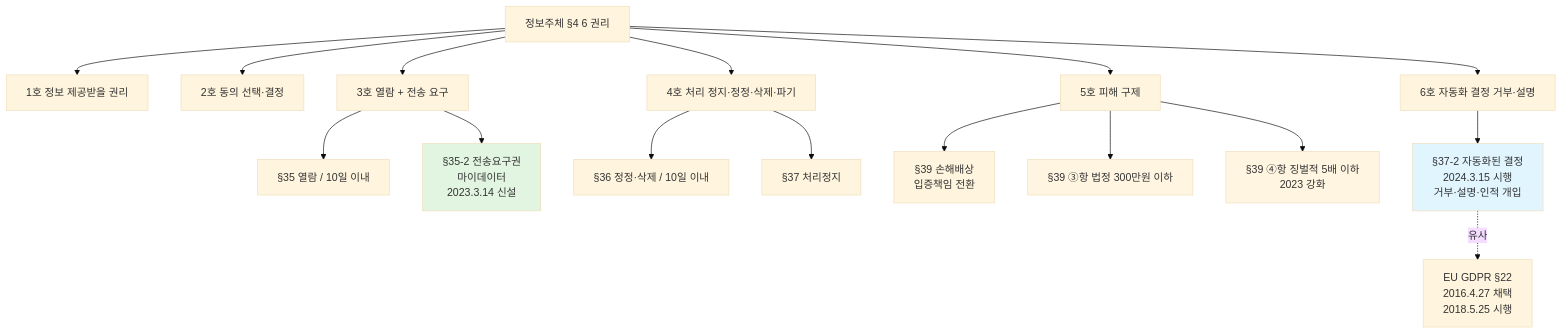
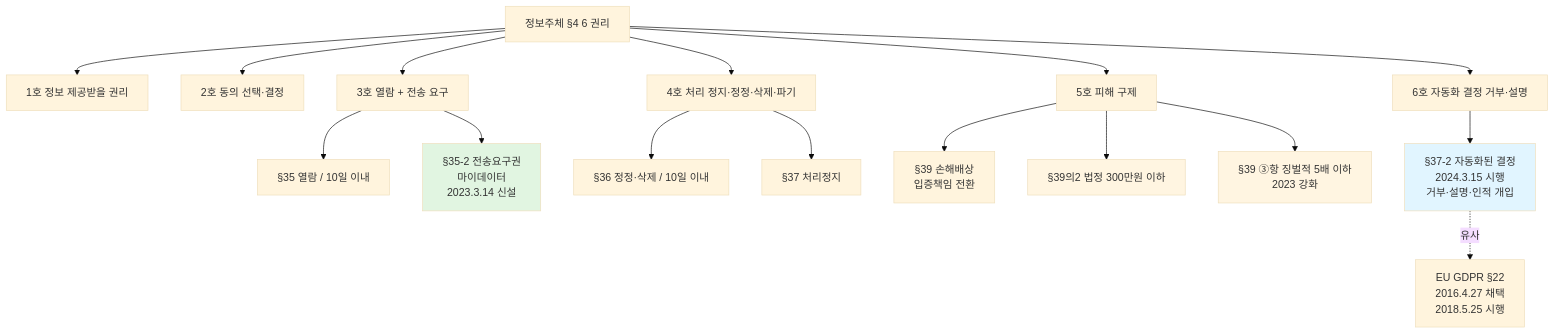
The fourth of 5 diagrams in cs/information-security/study/05.management-and-law/08.privacy-law.md (ianrang/cs-study), drawn with Mermaid (base theme) before and after one commit. The commit also changed other lines of this file and 1 other file, not shown here.

````diff
--- a/cs/information-security/study/05.management-and-law/08.privacy-law.md
+++ b/cs/information-security/study/05.management-and-law/08.privacy-law.md
@@ -775,29 +784,29 @@
 ```mermaid
 graph TD
   ROOT[정보주체 §4 6 권리]
 
   ROOT --> R1[1호 정보 제공받을 권리]
   ROOT --> R2[2호 동의 선택·결정]
   ROOT --> R3[3호 열람 + 전송 요구]
   R3 --> R31[§35 열람 / 10일 이내]
   R3 --> R32[§35-2 전송요구권<br/>마이데이터<br/>2023.3.14 신설]
 
   ROOT --> R4[4호 처리 정지·정정·삭제·파기]
   R4 --> R41[§36 정정·삭제 / 10일 이내]
   R4 --> R42[§37 처리정지]
 
   ROOT --> R5[5호 피해 구제]
   R5 --> R51[§39 손해배상<br/>입증책임 전환]
-  R5 --> R52[§39 ③항 법정 300만원 이하]
-  R5 --> R53[§39 ④항 징벌적 5배 이하<br/>2023 강화]
+  R5 --> R52[§39의2 법정 300만원 이하]
+  R5 --> R53[§39 ③항 징벌적 5배 이하<br/>2023 강화]
 
   ROOT --> R6[6호 자동화 결정 거부·설명]
   R6 --> R61[§37-2 자동화된 결정<br/>2024.3.15 시행<br/>거부·설명·인적 개입]
 
   R61 -.유사.-> GDPR[EU GDPR §22<br/>2016.4.27 채택<br/>2018.5.25 시행]
 
   style R32 fill:#e1f5e1
   style R52 fill:#fff5e1
   style R53 fill:#fff5e1
   style R61 fill:#e1f5ff
 ```
````
